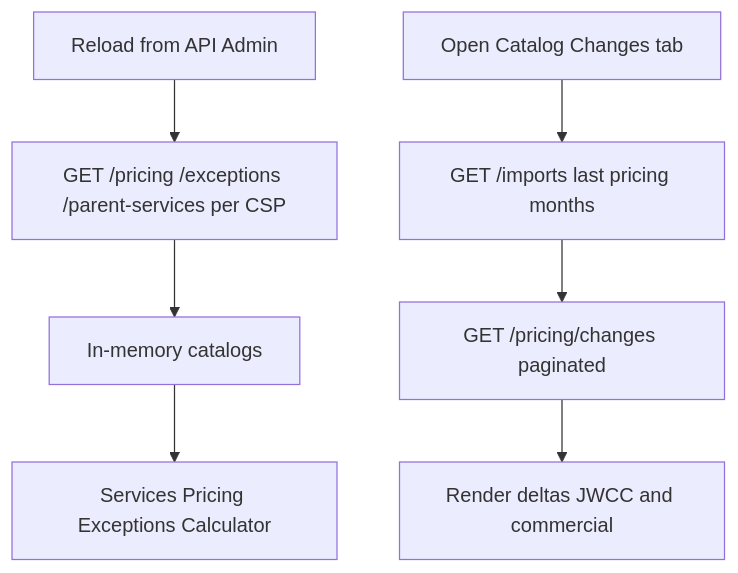
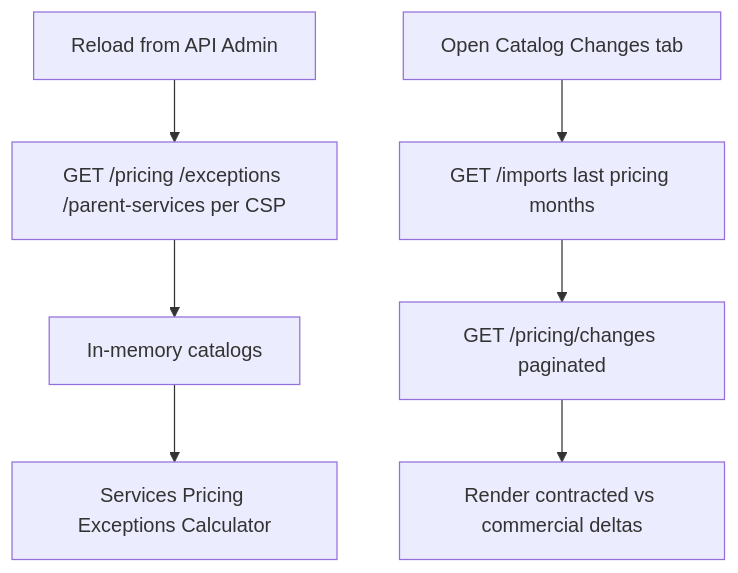
One commit to chrislmdev/rosettastone2 changed the third of 3 diagrams in README.md. Above: the diagram before and after it, drawn with Mermaid. The commit also changed other lines of this file and 4 other files, not shown here.

````diff
--- a/README.md
+++ b/README.md
@@ -44,10 +44,10 @@
 ```mermaid
 flowchart TD
   load[Reload from API Admin] --> fetch[GET /pricing /exceptions /parent-services per CSP]
   fetch --> mem[In-memory catalogs]
   mem --> views[Services Pricing Exceptions Calculator]
 
   tab[Open Catalog Changes tab] --> imp[GET /imports last pricing months]
   imp --> chg[GET /pricing/changes paginated]
-  chg --> chgView[Render deltas JWCC and commercial]
+  chg --> chgView[Render contracted vs commercial deltas]
 ```
````
